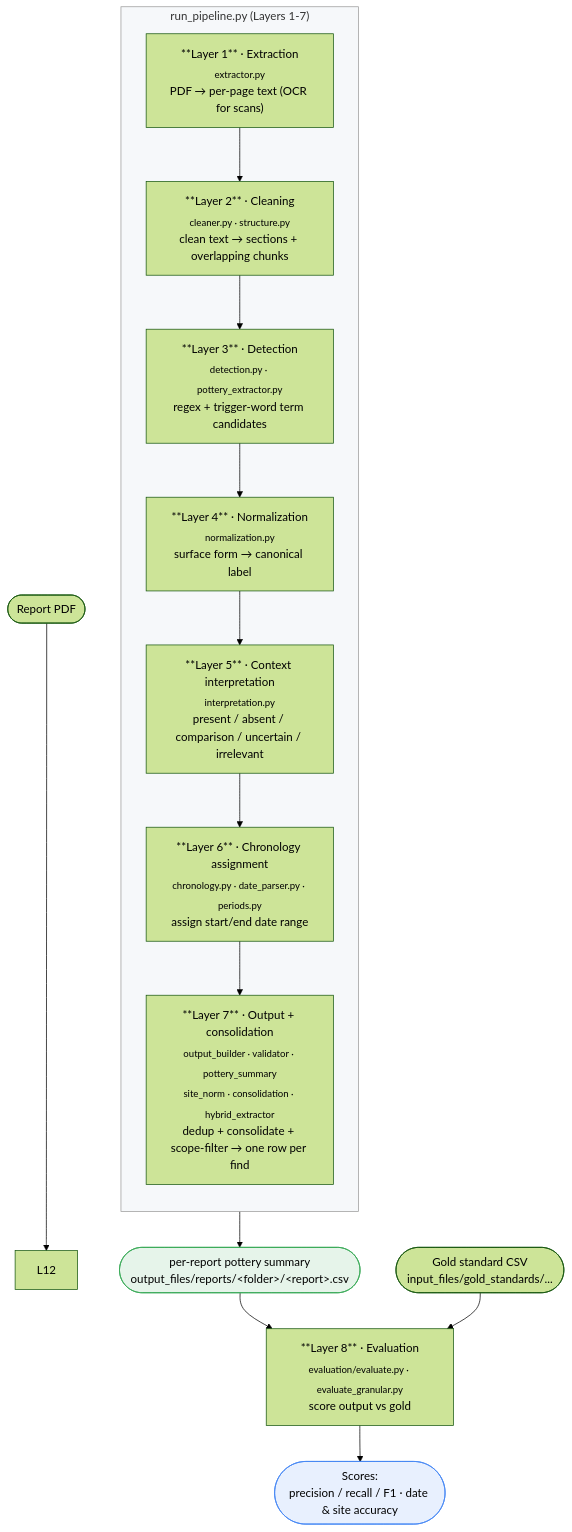
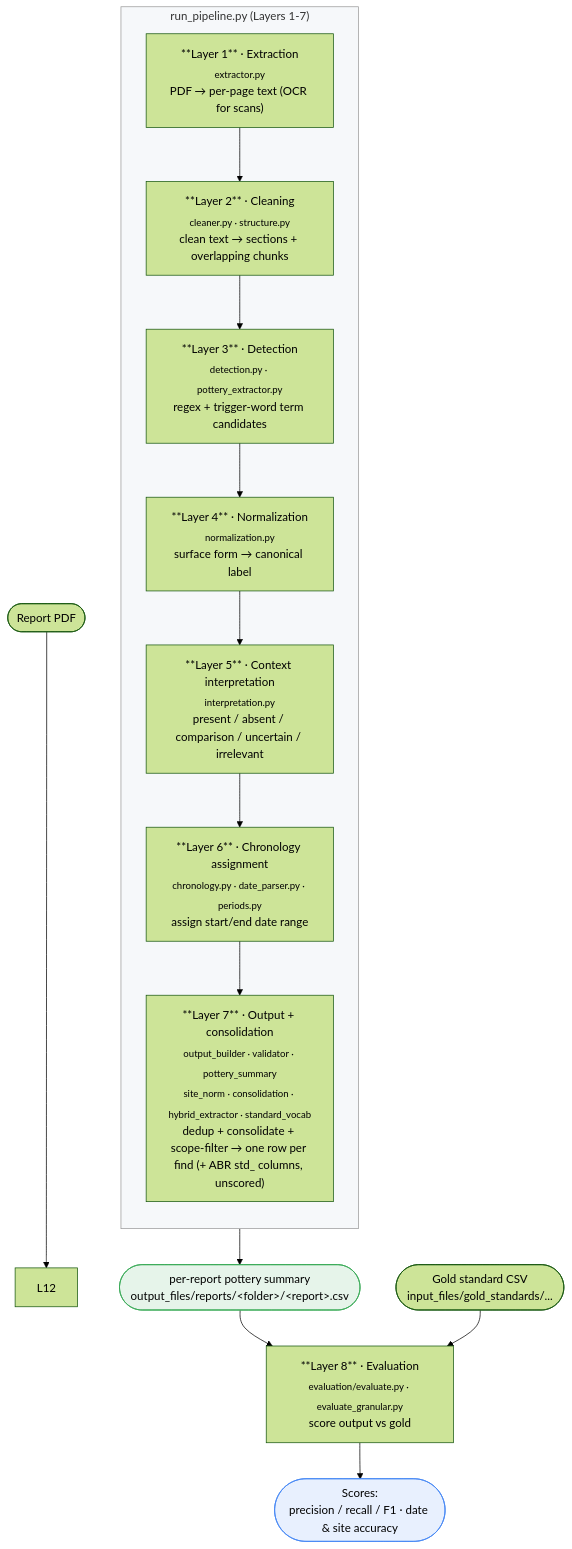
Before and after one commit to joaomessiah/archroen: the diagram in docs/workflow/architecture.md, drawn with Mermaid (forest theme). The commit also changed 40 other files, not shown here.

````diff
--- a/docs/workflow/architecture.md
+++ b/docs/workflow/architecture.md
@@ -9,26 +9,26 @@
 ```mermaid
 flowchart TD
     PDF([Report PDF]) --> L12
 
     subgraph PIPE["run_pipeline.py (Layers 1-7)"]
         direction TB
         L1["**Layer 1** · Extraction<br/><sub>extractor.py</sub><br/>PDF → per-page text (OCR for scans)"]
         L2["**Layer 2** · Cleaning<br/><sub>cleaner.py · structure.py</sub><br/>clean text → sections + overlapping chunks"]
         L3["**Layer 3** · Detection<br/><sub>detection.py · pottery_extractor.py</sub><br/>regex + trigger-word term candidates"]
         L4["**Layer 4** · Normalization<br/><sub>normalization.py</sub><br/>surface form → canonical label"]
         L5["**Layer 5** · Context interpretation<br/><sub>interpretation.py</sub><br/>present / absent / comparison / uncertain / irrelevant"]
         L6["**Layer 6** · Chronology assignment<br/><sub>chronology.py · date_parser.py · periods.py</sub><br/>assign start/end date range"]
-        L7["**Layer 7** · Output + consolidation<br/><sub>output_builder · validator · pottery_summary<br/>site_norm · consolidation · hybrid_extractor</sub><br/>dedup + consolidate + scope-filter → one row per find"]
+        L7["**Layer 7** · Output + consolidation<br/><sub>output_builder · validator · pottery_summary<br/>site_norm · consolidation · hybrid_extractor · standard_vocab</sub><br/>dedup + consolidate + scope-filter → one row per find (+ ABR std_ columns, unscored)"]
         L1 --> L2 --> L3 --> L4 --> L5 --> L6 --> L7
     end
 
     L7 --> CSV([per-report pottery summary<br/>output_files/reports/&lt;folder&gt;/&lt;report&gt;.csv])
 
     CSV --> L8
     GOLD([Gold standard CSV<br/>input_files/gold_standards/...]) --> L8
     L8["**Layer 8** · Evaluation<br/><sub>evaluation/evaluate.py · evaluate_granular.py</sub><br/>score output vs gold"] --> SCORES([Scores:<br/>precision / recall / F1 · date & site accuracy])
 
     style PIPE fill:#f6f8fa,stroke:#999
     style CSV fill:#e6f4ea,stroke:#34a853
     style SCORES fill:#e8f0fe,stroke:#4285f4
 ```
````
